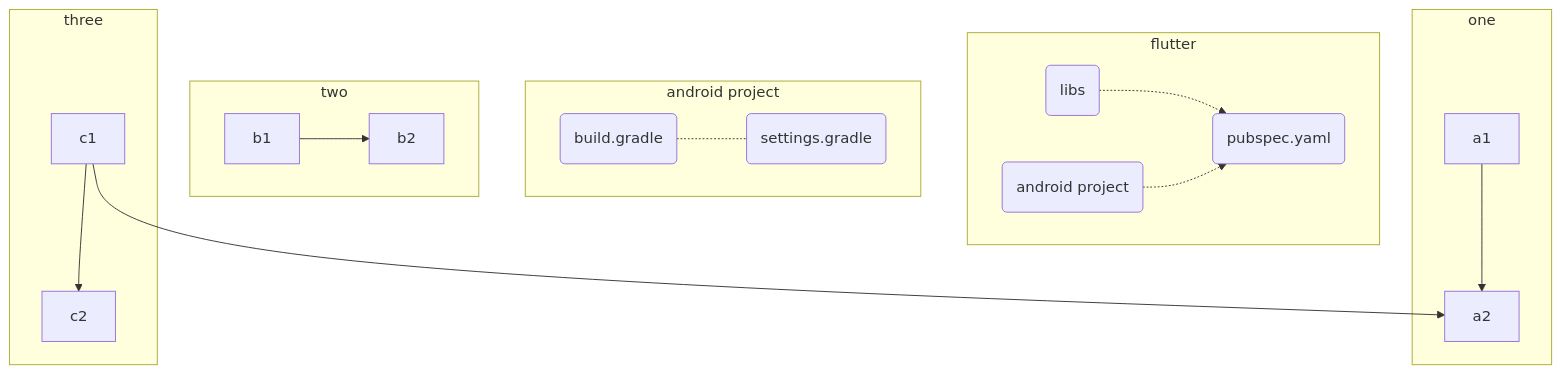
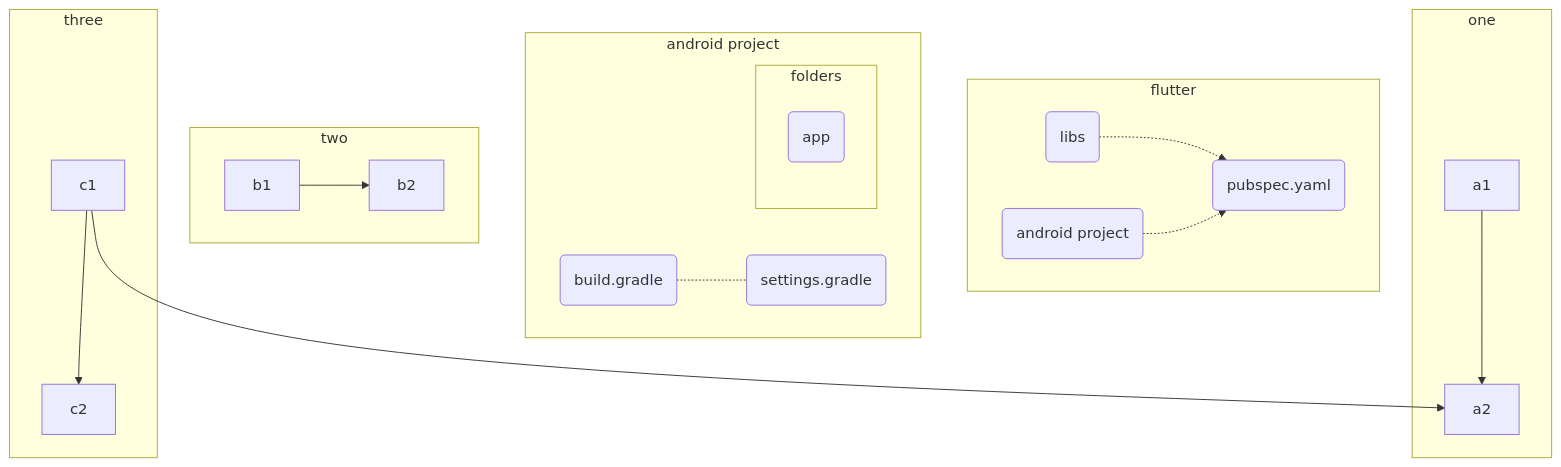
One commit to gordianknotC/nxp_note changed the second of 2 diagrams in flutter/addAndroidProjIntoFlutter.md. Above: the diagram before and after it, drawn with Mermaid. The commit also changed other lines of this file, not shown here.

````diff
--- a/flutter/addAndroidProjIntoFlutter.md
+++ b/flutter/addAndroidProjIntoFlutter.md
@@ -225,20 +225,25 @@
 ```mermaid
 graph TB
 	subgraph flutter
 		FL(libs) -.-> FP(pubspec.yaml)
 		FA(android project) -.-> FP
 	end
 	subgraph android project
 		AB(build.gradle) -.- AS(settings.gradle)
+		
+		subgraph folders
+			PA(app)
+		end
+		
 	end
 	c1-->a2
     subgraph one
     a1-->a2
     end
     subgraph two
     b1-->b2
     end
     subgraph three
     c1-->c2
     end
 ```
````
